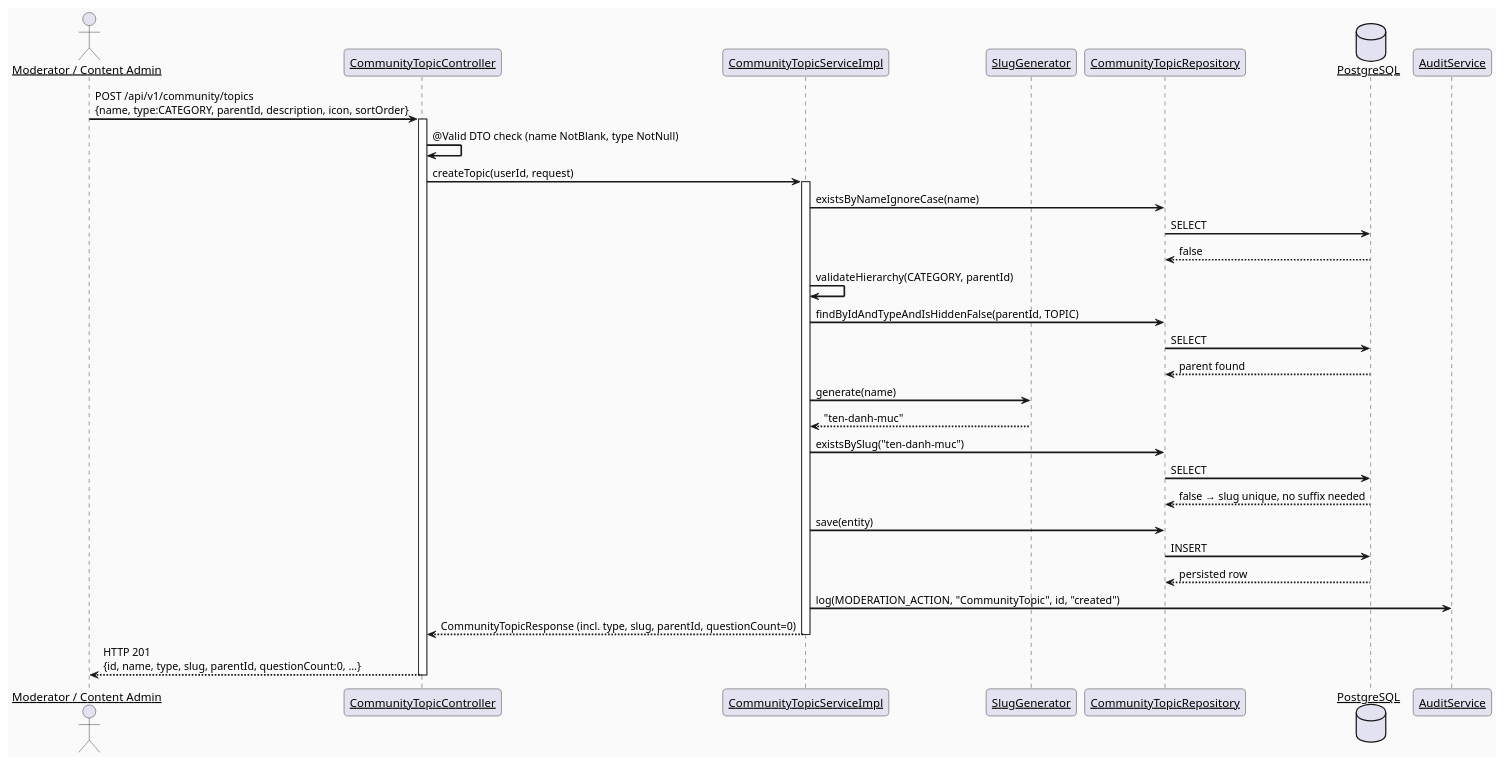
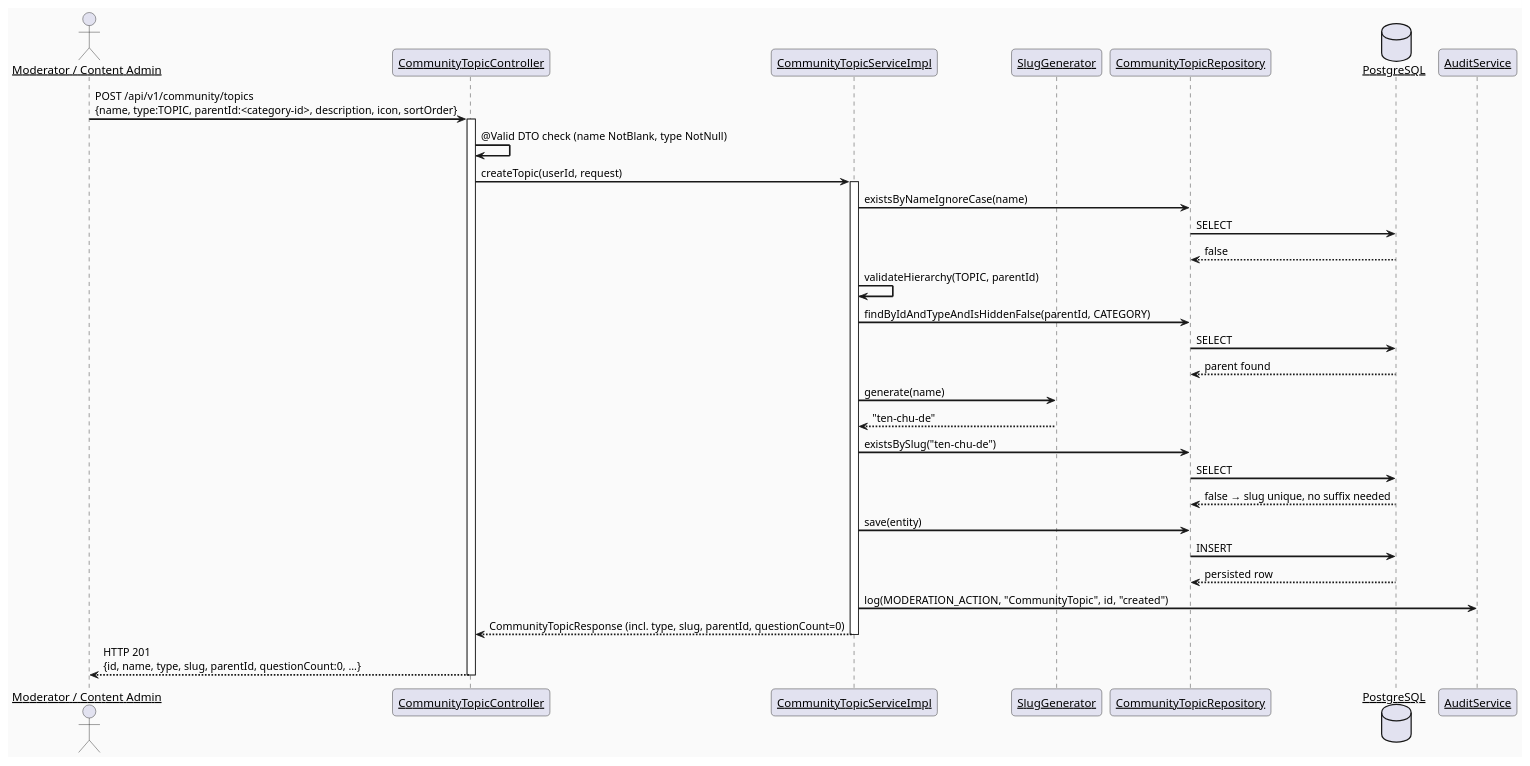
The second of 3 diagrams in 04_Implement/CommunityTopicManagement/CommunityTopicManagement_TDS.md (ChuongBDHE172784/CareBridge_SEP490_G79), drawn with PlantUML before and after one commit. The commit also changed other lines of this file and 42 other files, not shown here.

Commit message:
refactor: invert community topic hierarchy structure and remove deprecated content category management modules

````diff
--- a/04_Implement/CommunityTopicManagement/CommunityTopicManagement_TDS.md
+++ b/04_Implement/CommunityTopicManagement/CommunityTopicManagement_TDS.md
@@ -371,43 +664,43 @@
 ```plantuml
 @startuml CommunityTopicManagement_SequenceDiagram_HappyPath
 skinparam sequenceArrowThickness 2
 skinparam roundcorner 10
 skinparam sequenceParticipant underline
 skinparam backgroundColor #FAFAFA
 
 actor       "Moderator / Content Admin" as Client
 participant "CommunityTopicController" as Controller
 participant "CommunityTopicServiceImpl" as Service
 participant "SlugGenerator"             as Slug
 participant "CommunityTopicRepository"  as Repo
 database    "PostgreSQL"                as DB
 participant "AuditService"              as Audit
 
-Client -> Controller : POST /api/v1/community/topics\n{name, type:CATEGORY, parentId, description, icon, sortOrder}
+Client -> Controller : POST /api/v1/community/topics\n{name, type:TOPIC, parentId:<category-id>, description, icon, sortOrder}
 activate Controller
 Controller -> Controller : @Valid DTO check (name NotBlank, type NotNull)
 Controller -> Service : createTopic(userId, request)
 activate Service
 
 Service -> Repo : existsByNameIgnoreCase(name)
 Repo -> DB : SELECT
 DB --> Repo : false
-Service -> Service : validateHierarchy(CATEGORY, parentId)
-Service -> Repo : findByIdAndTypeAndIsHiddenFalse(parentId, TOPIC)
+Service -> Service : validateHierarchy(TOPIC, parentId)
+Service -> Repo : findByIdAndTypeAndIsHiddenFalse(parentId, CATEGORY)
 Repo -> DB : SELECT
 DB --> Repo : parent found
 Service -> Slug : generate(name)
-Slug --> Service : "ten-danh-muc"
-Service -> Repo : existsBySlug("ten-danh-muc")
+Slug --> Service : "ten-chu-de"
+Service -> Repo : existsBySlug("ten-chu-de")
 Repo -> DB : SELECT
 DB --> Repo : false → slug unique, no suffix needed
 Service -> Repo : save(entity)
 Repo -> DB : INSERT
 DB --> Repo : persisted row
 Service -> Audit : log(MODERATION_ACTION, "CommunityTopic", id, "created")
 Service --> Controller : CommunityTopicResponse (incl. type, slug, parentId, questionCount=0)
 deactivate Service
 Controller --> Client : HTTP 201\n{id, name, type, slug, parentId, questionCount:0, ...}
 deactivate Controller
 @enduml
 ```
````
